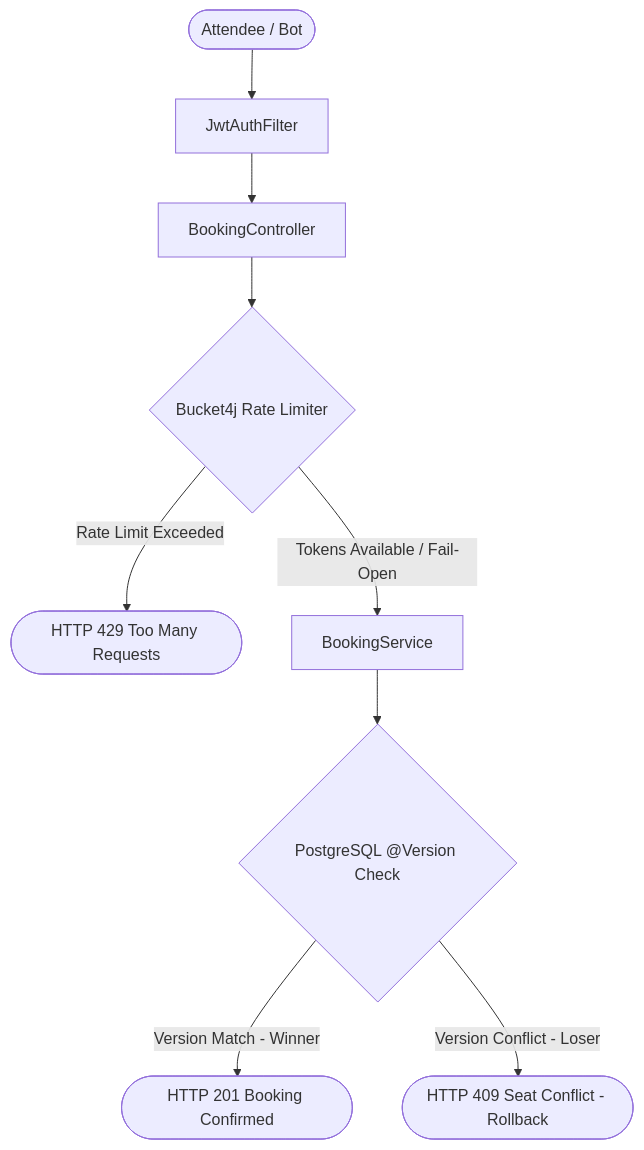
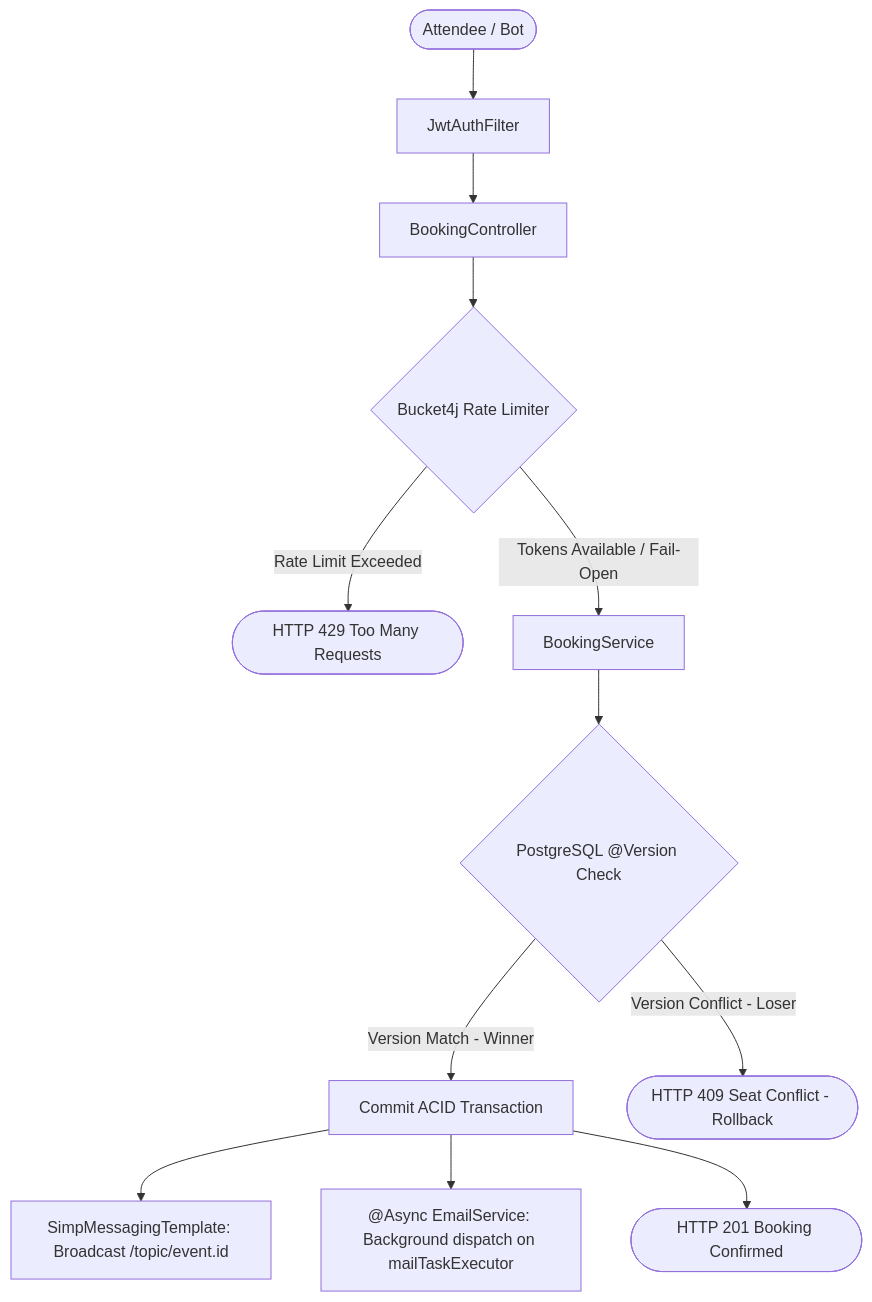
One commit to asyncsourav/quicktix changed the second of 4 diagrams in architecture/master-workflow.md. Above: the diagram before and after it, drawn with Mermaid. The commit also changed other lines of this file and 2 other files, not shown here.

Commit message:
feat(docs): update README and workflow documentation to include asynchronous email notifications

````diff
--- a/architecture/master-workflow.md
+++ b/architecture/master-workflow.md
@@ -80,13 +81,16 @@
 ```mermaid
 flowchart TD
     Client([Attendee / Bot]) --> Sec[JwtAuthFilter]
     Sec --> Ctrl[BookingController]
     Ctrl --> Limiter{Bucket4j Rate Limiter}
     
     Limiter -->|Rate Limit Exceeded| Throttled([HTTP 429 Too Many Requests])
     Limiter -->|Tokens Available / Fail-Open| Svc[BookingService]
     
     Svc --> DB{PostgreSQL @Version Check}
-    DB -->|Version Match - Winner| Confirmed([HTTP 201 Booking Confirmed])
+    DB -->|Version Match - Winner| Commit[Commit ACID Transaction]
+    Commit --> STOMP[SimpMessagingTemplate: Broadcast /topic/event.id]
+    Commit --> Email["@Async EmailService: Background dispatch on mailTaskExecutor"]
+    Commit --> Confirmed([HTTP 201 Booking Confirmed])
     DB -->|Version Conflict - Loser| Conflict([HTTP 409 Seat Conflict - Rollback])
 ```
````
